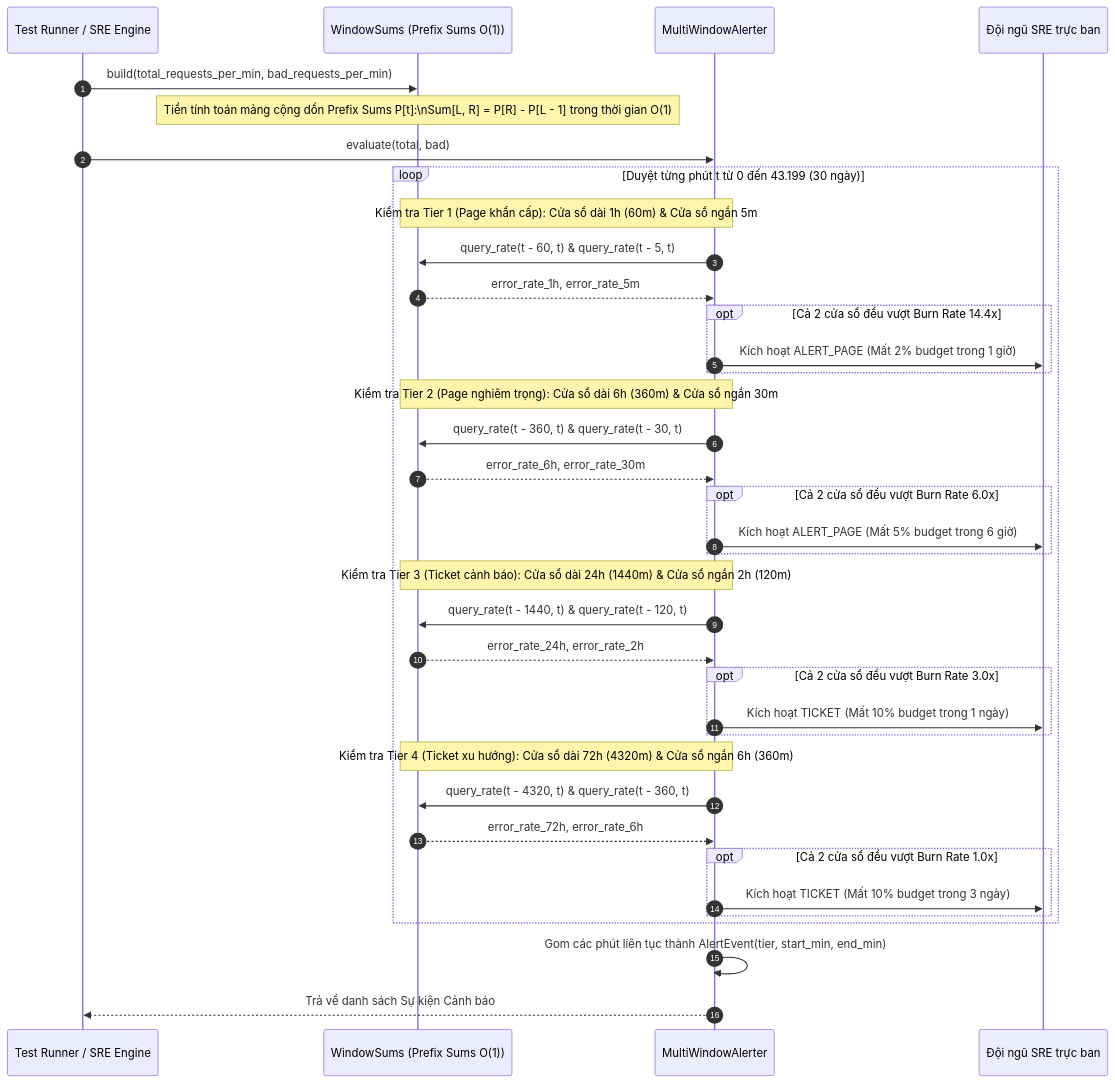
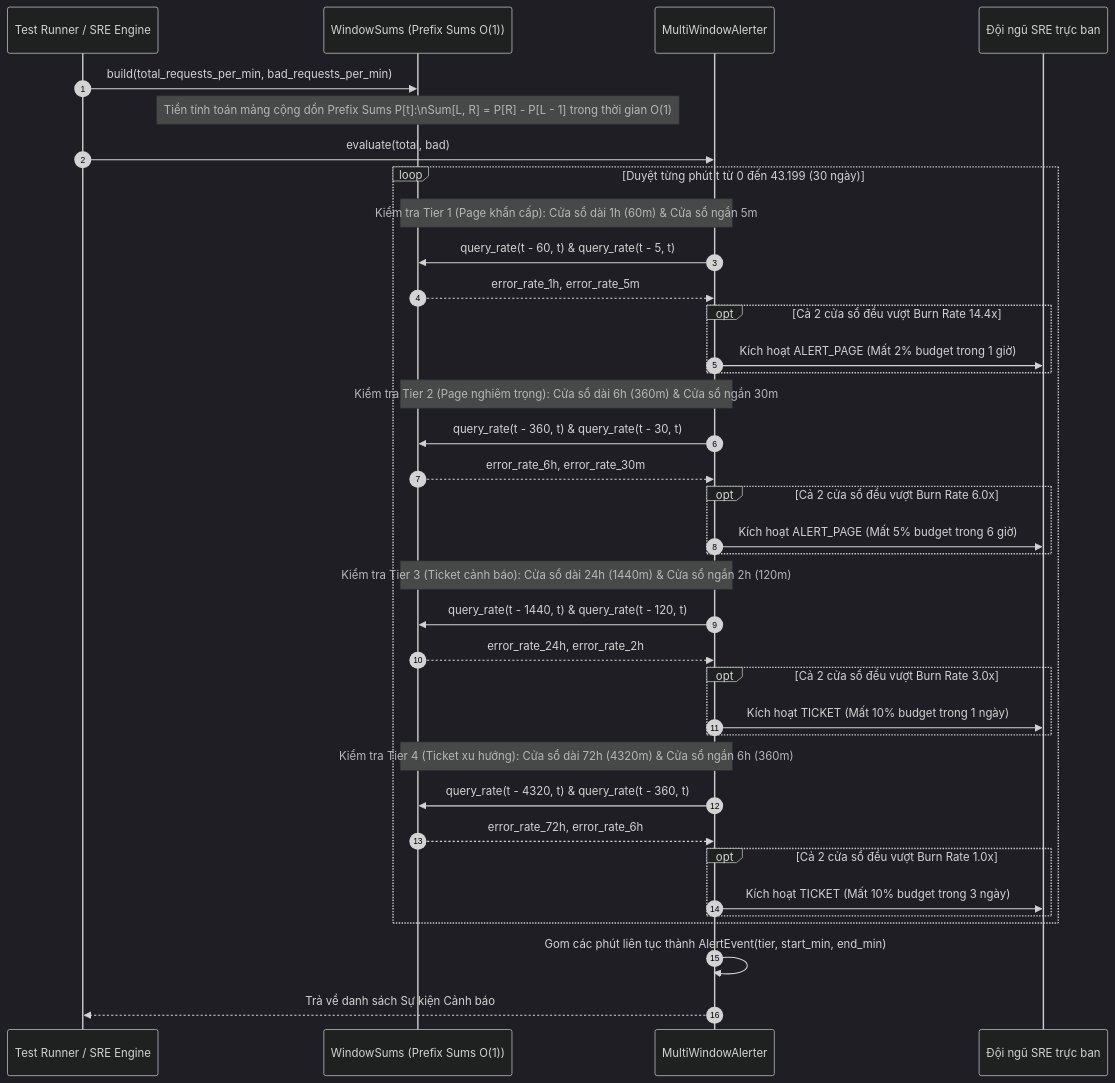
One commit to Khanh-AI-Developer/K4-Track03-Day25-2A202602851-Nguyen-Gia-Khanh-Circuit-Breakers-Caching-Reliability changed the tenth of 12 diagrams in WORKFLOW_UML.md. Above: the diagram before and after it, drawn with Mermaid. The commit also changed other lines of this file, not shown here.

Commit message:
docs: apply eye-friendly dark mode theme and mermaid dark styling to WORKFLOW_UML.md

````diff
--- a/WORKFLOW_UML.md
+++ b/WORKFLOW_UML.md
@@ -522,51 +601,52 @@
 ```mermaid
+%%{init: {'theme': 'dark'}}%%
 sequenceDiagram
     autonumber
     participant Engine as Test Runner / SRE Engine
     participant WS as WindowSums (Prefix Sums O(1))
     participant Alerter as MultiWindowAlerter
     participant SRE as Đội ngũ SRE trực ban
 
     Engine->>WS: build(total_requests_per_min, bad_requests_per_min)
     Note over WS: Tiền tính toán mảng cộng dồn Prefix Sums P[t]:\nSum[L, R] = P[R] - P[L - 1] trong thời gian O(1)
 
     Engine->>Alerter: evaluate(total, bad)
     
     loop Duyệt từng phút t từ 0 đến 43.199 (30 ngày)
         
         %% Rule 1
         Note over Alerter, WS: Kiểm tra Tier 1 (Page khẩn cấp): Cửa sổ dài 1h (60m) & Cửa sổ ngắn 5m
         Alerter->>WS: query_rate(t - 60, t) & query_rate(t - 5, t)
         WS-->>Alerter: error_rate_1h, error_rate_5m
         opt Cả 2 cửa sổ đều vượt Burn Rate 14.4x
             Alerter->>SRE: Kích hoạt ALERT_PAGE (Mất 2% budget trong 1 giờ)
         end
 
         %% Rule 2
         Note over Alerter, WS: Kiểm tra Tier 2 (Page nghiêm trọng): Cửa sổ dài 6h (360m) & Cửa sổ ngắn 30m
         Alerter->>WS: query_rate(t - 360, t) & query_rate(t - 30, t)
         WS-->>Alerter: error_rate_6h, error_rate_30m
         opt Cả 2 cửa sổ đều vượt Burn Rate 6.0x
             Alerter->>SRE: Kích hoạt ALERT_PAGE (Mất 5% budget trong 6 giờ)
         end
 
         %% Rule 3
         Note over Alerter, WS: Kiểm tra Tier 3 (Ticket cảnh báo): Cửa sổ dài 24h (1440m) & Cửa sổ ngắn 2h (120m)
         Alerter->>WS: query_rate(t - 1440, t) & query_rate(t - 120, t)
         WS-->>Alerter: error_rate_24h, error_rate_2h
         opt Cả 2 cửa sổ đều vượt Burn Rate 3.0x
             Alerter->>SRE: Kích hoạt TICKET (Mất 10% budget trong 1 ngày)
         end
 
         %% Rule 4
         Note over Alerter, WS: Kiểm tra Tier 4 (Ticket xu hướng): Cửa sổ dài 72h (4320m) & Cửa sổ ngắn 6h (360m)
         Alerter->>WS: query_rate(t - 4320, t) & query_rate(t - 360, t)
         WS-->>Alerter: error_rate_72h, error_rate_6h
         opt Cả 2 cửa sổ đều vượt Burn Rate 1.0x
             Alerter->>SRE: Kích hoạt TICKET (Mất 10% budget trong 3 ngày)
         end
     end
 
     Alerter->>Alerter: Gom các phút liên tục thành AlertEvent(tier, start_min, end_min)
     Alerter-->>Engine: Trả về danh sách Sự kiện Cảnh báo
 ```
````
